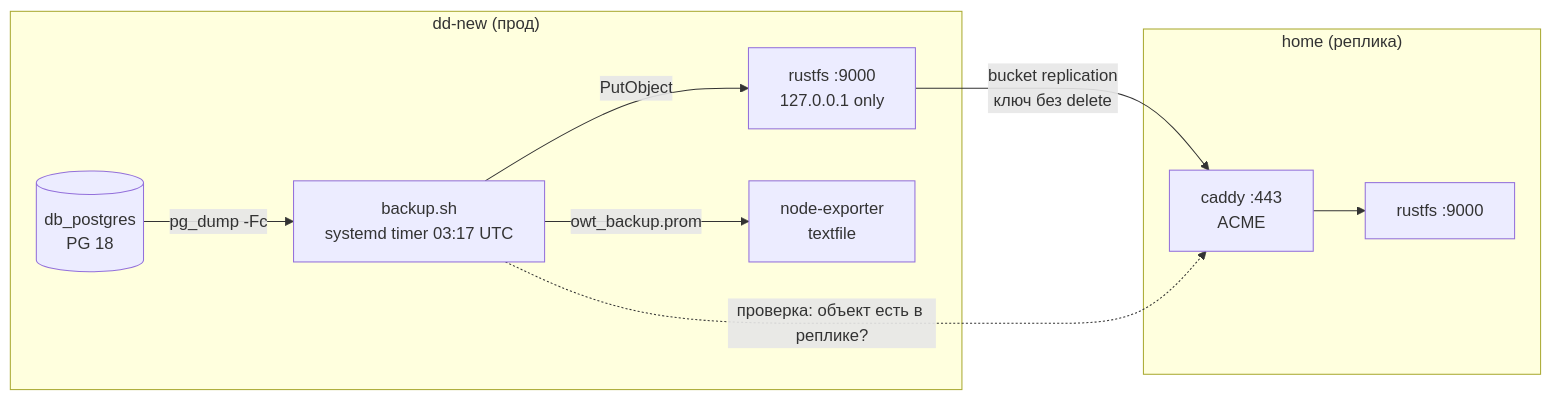
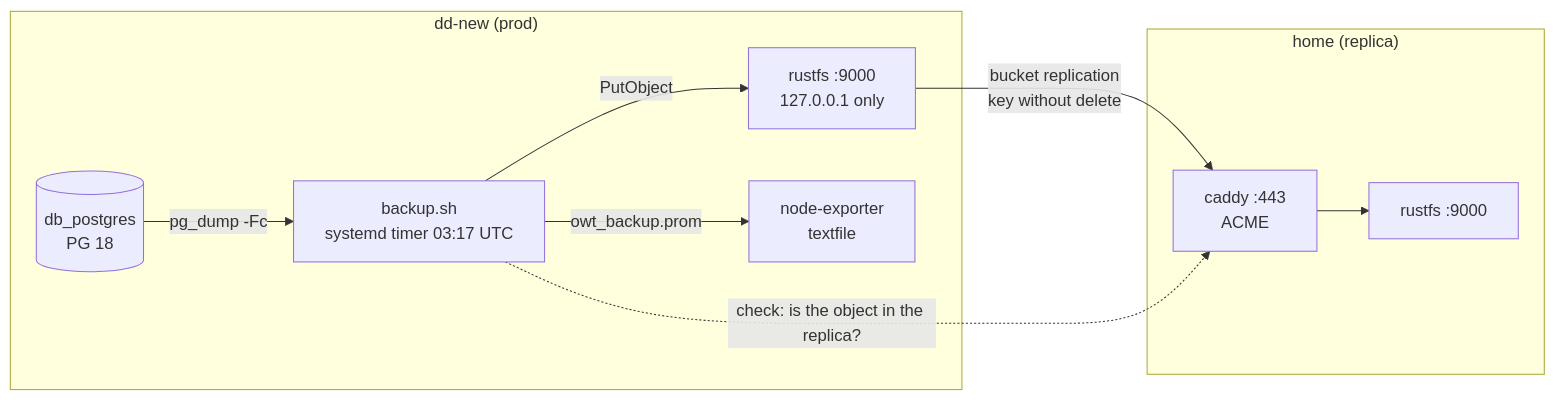
Before and after one commit to CraazzzyyFoxx/anak-tournaments: the diagram in docs/backup-rustfs.md, drawn with Mermaid. The commit also changed other lines of this file and 60 other files, not shown here.

````diff
--- a/docs/backup-rustfs.md
+++ b/docs/backup-rustfs.md
@@ -31,19 +31,19 @@
 ```mermaid
 flowchart LR
-  subgraph ddnew["dd-new (прод)"]
+  subgraph ddnew["dd-new (prod)"]
     PG[("db_postgres<br/>PG 18")]
     JOB["backup.sh<br/>systemd timer 03:17 UTC"]
     SRC["rustfs :9000<br/>127.0.0.1 only"]
     NE["node-exporter<br/>textfile"]
     PG -->|"pg_dump -Fc"| JOB
     JOB -->|"PutObject"| SRC
     JOB -->|"owt_backup.prom"| NE
   end
-  subgraph home["home (реплика)"]
+  subgraph home["home (replica)"]
     CADDY["caddy :443<br/>ACME"]
     DST["rustfs :9000"]
     CADDY --> DST
   end
-  SRC -->|"bucket replication<br/>ключ без delete"| CADDY
-  JOB -.->|"проверка: объект есть в реплике?"| CADDY
+  SRC -->|"bucket replication<br/>key without delete"| CADDY
+  JOB -.->|"check: is the object in the replica?"| CADDY
 ```
````
